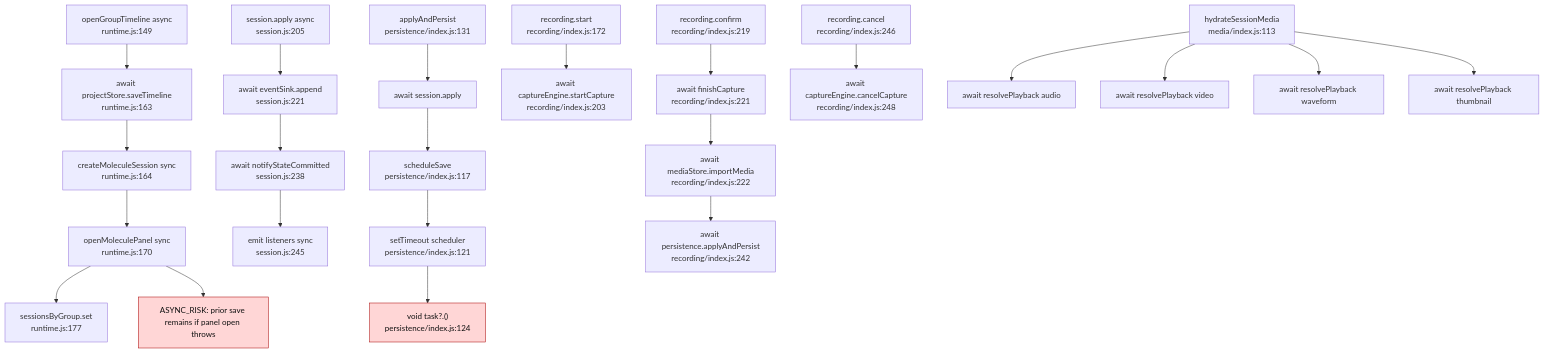
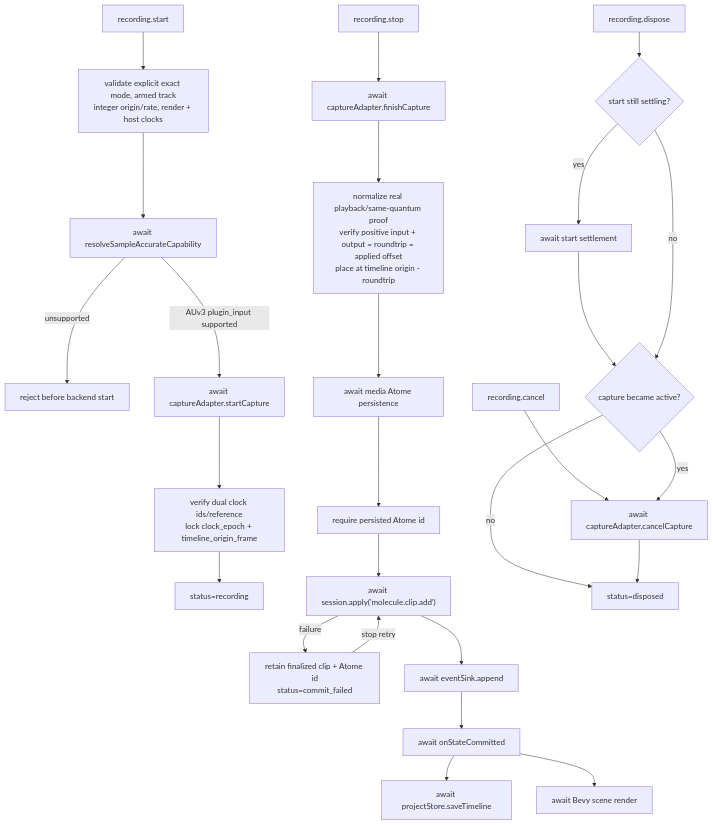
One commit to atomecorp/a changed the diagram in atome/documentations/graphs/molecule/05-async-graph.md. Above: the diagram before and after it, drawn with Mermaid. The commit also changed other lines of this file and 119 other files, not shown here.

````diff
--- a/atome/documentations/graphs/molecule/05-async-graph.md
+++ b/atome/documentations/graphs/molecule/05-async-graph.md
@@ -3,30 +3,30 @@
 ```mermaid
 flowchart TD
-  Open["openGroupTimeline async\nruntime.js:149"] --> SaveInitial["await projectStore.saveTimeline\nruntime.js:163"]
-  SaveInitial --> CreateSession["createMoleculeSession sync\nruntime.js:164"]
-  CreateSession --> OpenPanel["openMoleculePanel sync\nruntime.js:170"]
-  OpenPanel --> SetMap["sessionsByGroup.set\nruntime.js:177"]
-  OpenPanel --> OpenFail["ASYNC_RISK: prior save remains if panel open throws"]:::risk
+  Start["recording.start"] --> ValidateRequest["validate explicit exact mode, armed track\ninteger origin/rate, render + host clocks"]
+  ValidateRequest --> Capability["await resolveSampleAccurateCapability"]
+  Capability -->|unsupported| Reject["reject before backend start"]
+  Capability -->|AUv3 plugin_input supported| StartCapture["await captureAdapter.startCapture"]
+  StartCapture --> VerifyEpoch["verify dual clock ids/reference\nlock clock_epoch + timeline_origin_frame"]
+  VerifyEpoch --> Recording["status=recording"]
 
-  Apply["session.apply async\nsession.js:205"] --> Append["await eventSink.append\nsession.js:221"]
-  Append --> Commit["await notifyStateCommitted\nsession.js:238"]
-  Commit --> Emit["emit listeners sync\nsession.js:245"]
+  Stop["recording.stop"] --> Finish["await captureAdapter.finishCapture"]
+  Finish --> Normalize["normalize real playback/same-quantum proof\nverify positive input + output = roundtrip = applied offset\nplace at timeline origin - roundtrip"]
+  Normalize --> PersistMedia["await media Atome persistence"]
+  PersistMedia --> RequireId["require persisted Atome id"]
+  RequireId --> ApplyClip["await session.apply('molecule.clip.add')"]
+  ApplyClip -->|failure| CacheCommit["retain finalized clip + Atome id\nstatus=commit_failed"]
+  CacheCommit -->|stop retry| ApplyClip
+  ApplyClip --> Event["await eventSink.append"]
+  Event --> Commit["await onStateCommitted"]
+  Commit --> Save["await projectStore.saveTimeline"]
+  Commit --> Render["await Bevy scene render"]
 
-  Persist["applyAndPersist\npersistence/index.js:131"] --> SessionApply["await session.apply"]
-  SessionApply --> Schedule["scheduleSave\npersistence/index.js:117"]
-  Schedule --> Timer["setTimeout scheduler\npersistence/index.js:121"]
-  Timer --> VoidSave["void task?.()\npersistence/index.js:124"]:::risk
-
-  RecordingStart["recording.start\nrecording/index.js:172"] --> StartCapture["await captureEngine.startCapture\nrecording/index.js:203"]
-  RecordingConfirm["recording.confirm\nrecording/index.js:219"] --> Finish["await finishCapture\nrecording/index.js:221"]
-  Finish --> Import["await mediaStore.importMedia\nrecording/index.js:222"]
-  Import --> AddClip["await persistence.applyAndPersist\nrecording/index.js:242"]
-  RecordingCancel["recording.cancel\nrecording/index.js:246"] --> CancelCapture["await captureEngine.cancelCapture\nrecording/index.js:248"]
-
-  Hydrate["hydrateSessionMedia\nmedia/index.js:113"] --> ResolveAudio["await resolvePlayback audio"]
-  Hydrate --> ResolveVideo["await resolvePlayback video"]
-  Hydrate --> ResolveWaveform["await resolvePlayback waveform"]
-  Hydrate --> ResolveThumbnail["await resolvePlayback thumbnail"]
-
-  classDef risk fill:#ffd6d6,stroke:#a80000,color:#111
+  Cancel["recording.cancel"] --> CancelCapture["await captureAdapter.cancelCapture"]
+  Dispose["recording.dispose"] --> StartPending{"start still settling?"}
+  StartPending -->|yes| AwaitStart["await start settlement"]
+  AwaitStart --> MaybeCancel{"capture became active?"}
+  StartPending -->|no| MaybeCancel
+  MaybeCancel -->|yes| CancelCapture
+  MaybeCancel -->|no| Disposed["status=disposed"]
+  CancelCapture --> Disposed
 ```
````
